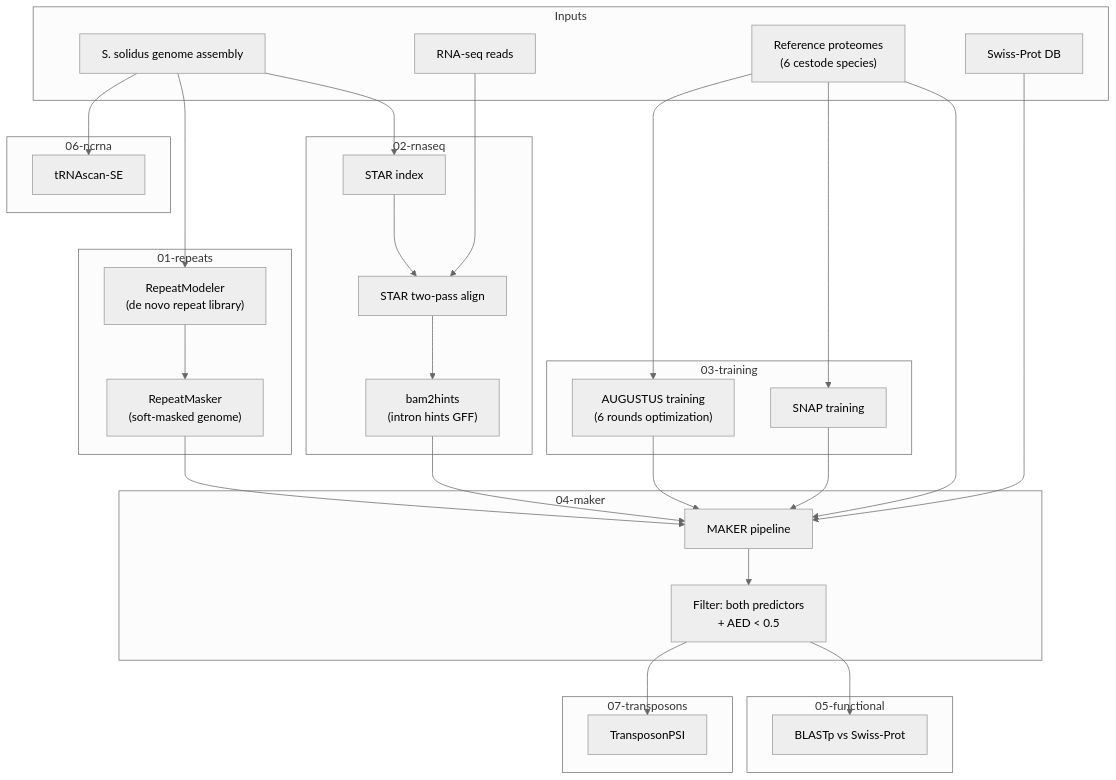
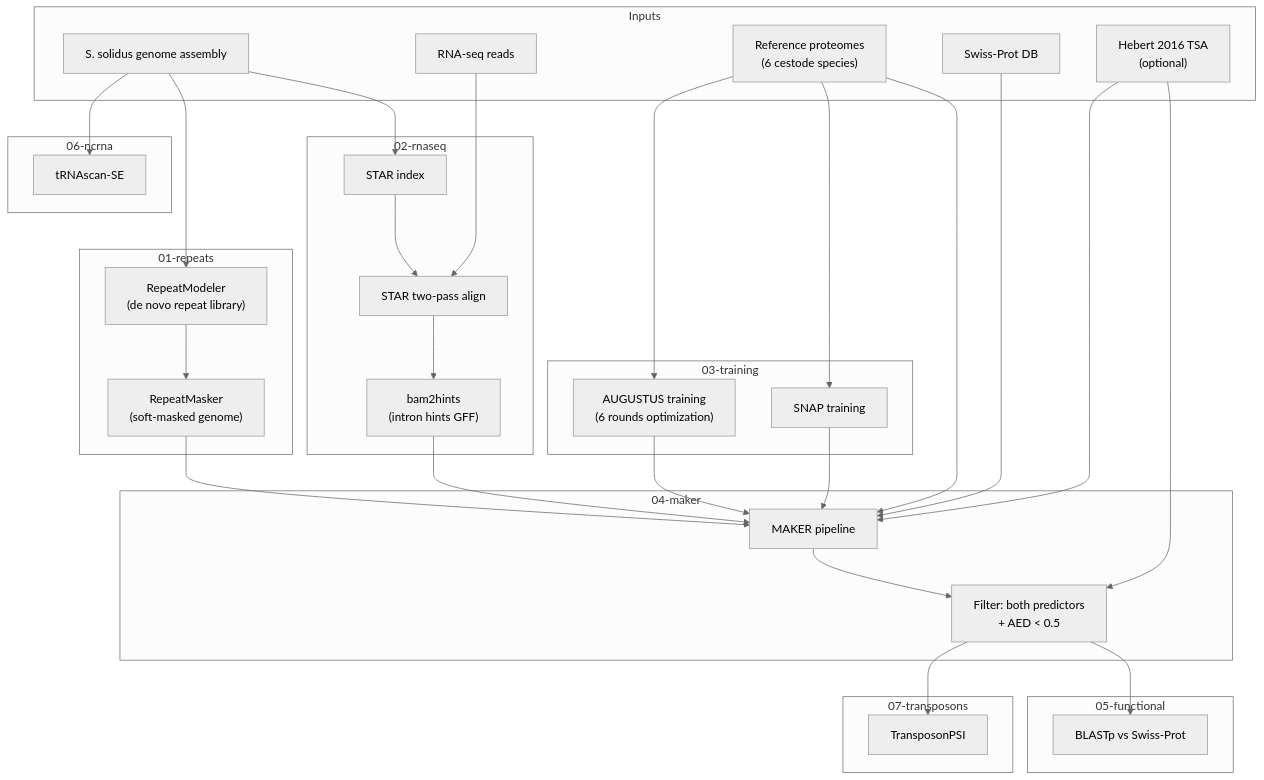
One commit to jweber-lab/ssol-annotation changed the diagram in README.md. Above: the diagram before and after it, drawn with Mermaid (neutral theme). The commit also changed other lines of this file and 5 other files, not shown here.

Commit message:
hebert 2016 TSA aside

````diff
--- a/README.md
+++ b/README.md
@@ -10,58 +10,61 @@
 ```mermaid
 flowchart TD
     subgraph inputs [Inputs]
         Genome["S. solidus genome assembly"]
         RNAseq["RNA-seq reads"]
         RefProt["Reference proteomes\n(6 cestode species)"]
         UniProt["Swiss-Prot DB"]
+        TSA["Hebert 2016 TSA\n(optional)"]
     end
 
     subgraph step1 [01-repeats]
         RM["RepeatModeler\n(de novo repeat library)"]
         RMask["RepeatMasker\n(soft-masked genome)"]
     end
 
     subgraph step2 [02-rnaseq]
         StarIdx["STAR index"]
         StarAln["STAR two-pass align"]
         Hints["bam2hints\n(intron hints GFF)"]
     end
 
     subgraph step3 [03-training]
         AugTrain["AUGUSTUS training\n(6 rounds optimization)"]
         SnapTrain["SNAP training"]
     end
 
     subgraph step4 [04-maker]
         Maker["MAKER pipeline"]
         Filter["Filter: both predictors\n+ AED < 0.5"]
     end
 
     subgraph step5 [05-functional]
         BlastUni["BLASTp vs Swiss-Prot"]
     end
 
     subgraph step6 [06-ncrna]
         tRNA["tRNAscan-SE"]
     end
 
     subgraph step7 [07-transposons]
         TPSI["TransposonPSI"]
     end
 
     Genome --> RM --> RMask
     Genome --> StarIdx --> StarAln
     RNAseq --> StarAln --> Hints
     RefProt --> AugTrain
     RefProt --> SnapTrain
     RMask --> Maker
     Hints --> Maker
     AugTrain --> Maker
     SnapTrain --> Maker
     RefProt --> Maker
     UniProt --> Maker
     Maker --> Filter
     Filter --> BlastUni
     Filter --> TPSI
     Genome --> tRNA
+    TSA --> Maker
+    TSA --> Filter
 ```
````
